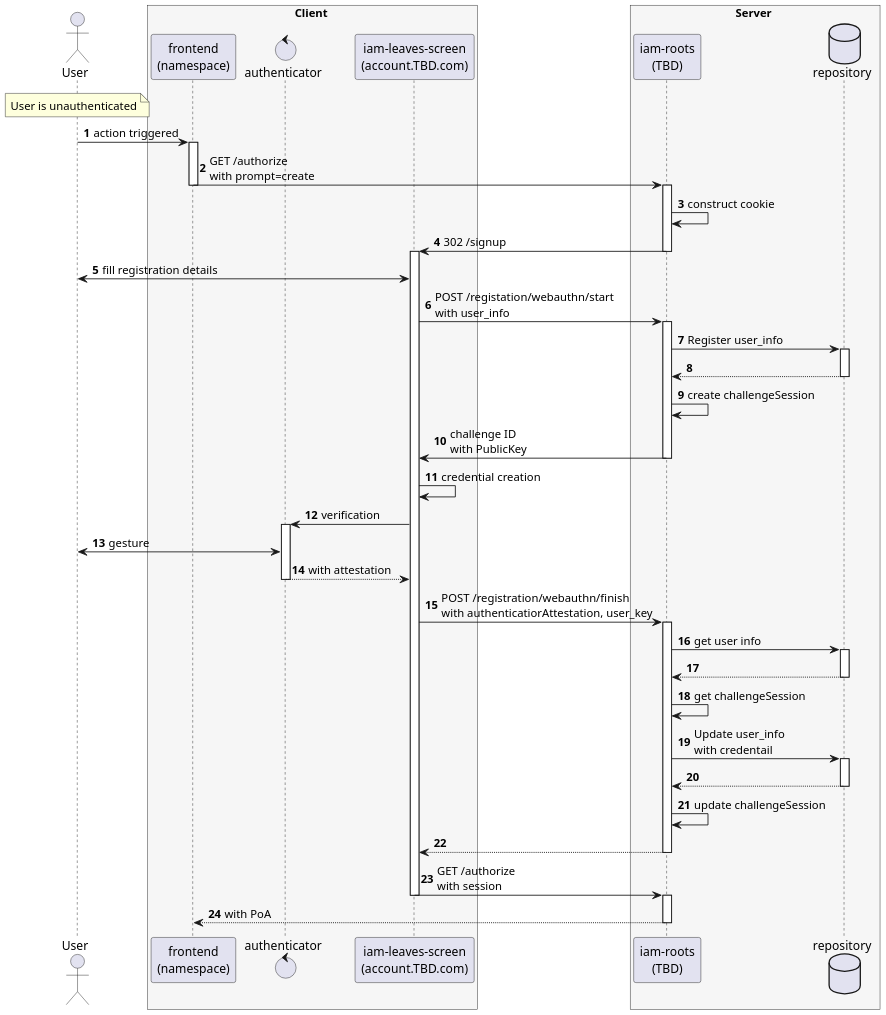
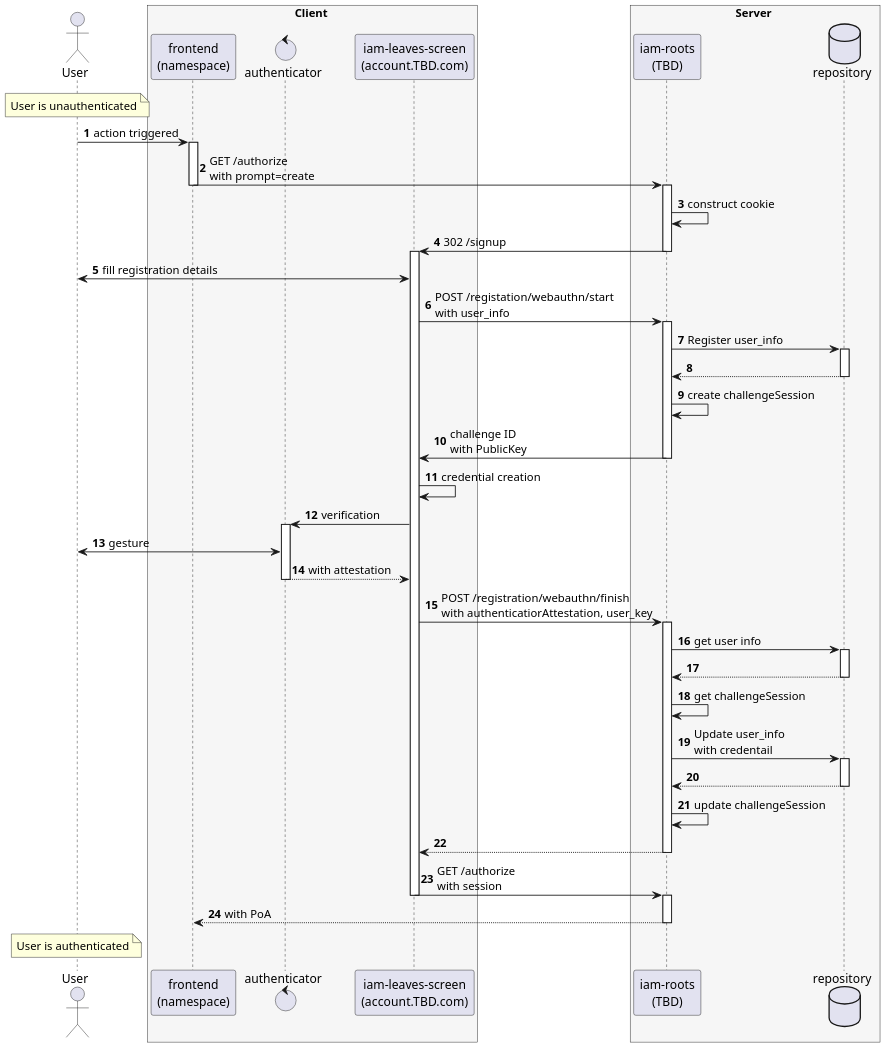
One commit to areugoh/proto changed the second of 3 diagrams in proto/iam-roots/api/v1/design-doc.md. Above: the diagram before and after it, drawn with PlantUML. The commit also changed other lines of this file, not shown here.

````diff
--- a/proto/iam-roots/api/v1/design-doc.md
+++ b/proto/iam-roots/api/v1/design-doc.md
@@ -117,4 +129,8 @@
 activate IAMR
 IAMR --> F: with PoA
 deactivate IAMR
+
+note over U
+User is authenticated
+end note
 ```
````
